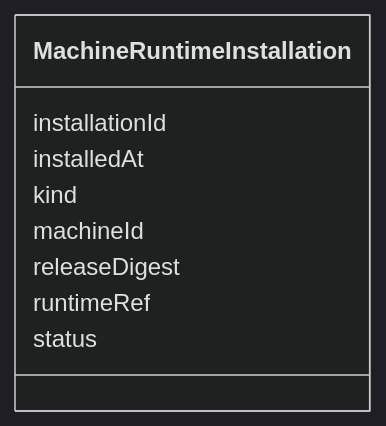
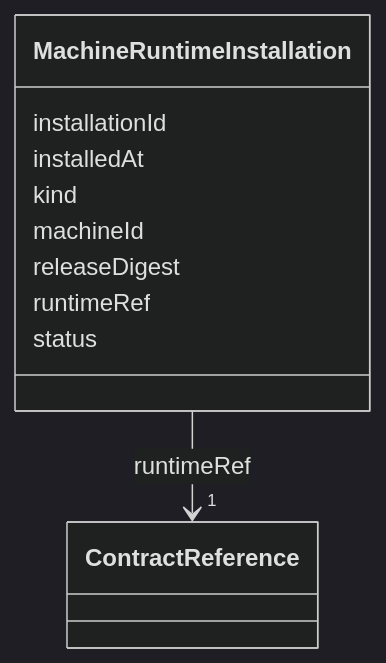
The diagram in metamodel/generated/docs/MachineRuntimeInstallation.md (open4good/jumo-core), drawn with Mermaid (dark theme) before and after one commit. The commit also changed other lines of this file and 42 other files, not shown here.

````diff
--- a/metamodel/generated/docs/MachineRuntimeInstallation.md
+++ b/metamodel/generated/docs/MachineRuntimeInstallation.md
@@ -23,20 +23,29 @@
 ```mermaid
  classDiagram
     class MachineRuntimeInstallation
     click MachineRuntimeInstallation href "../MachineRuntimeInstallation/"
       MachineRuntimeInstallation : installationId
 
       MachineRuntimeInstallation : installedAt
 
       MachineRuntimeInstallation : kind
 
       MachineRuntimeInstallation : machineId
 
       MachineRuntimeInstallation : releaseDigest
 
       MachineRuntimeInstallation : runtimeRef
 
+
+
+
+
+        MachineRuntimeInstallation --> "1" ContractReference : runtimeRef
+        click ContractReference href "../ContractReference/"
+
+
+
       MachineRuntimeInstallation : status
 
 
 ```
````
